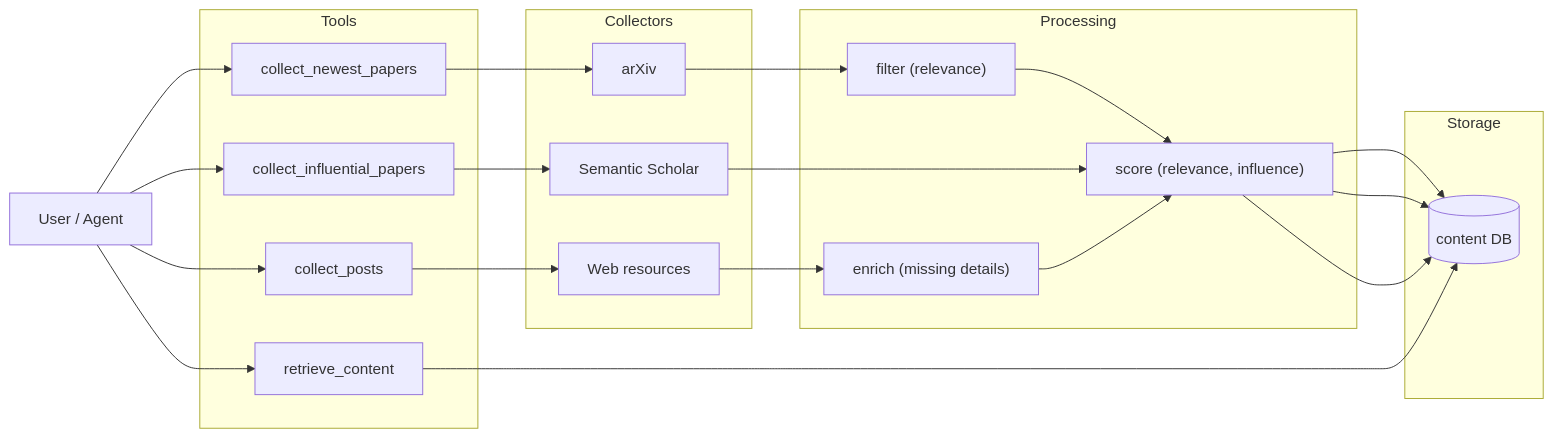
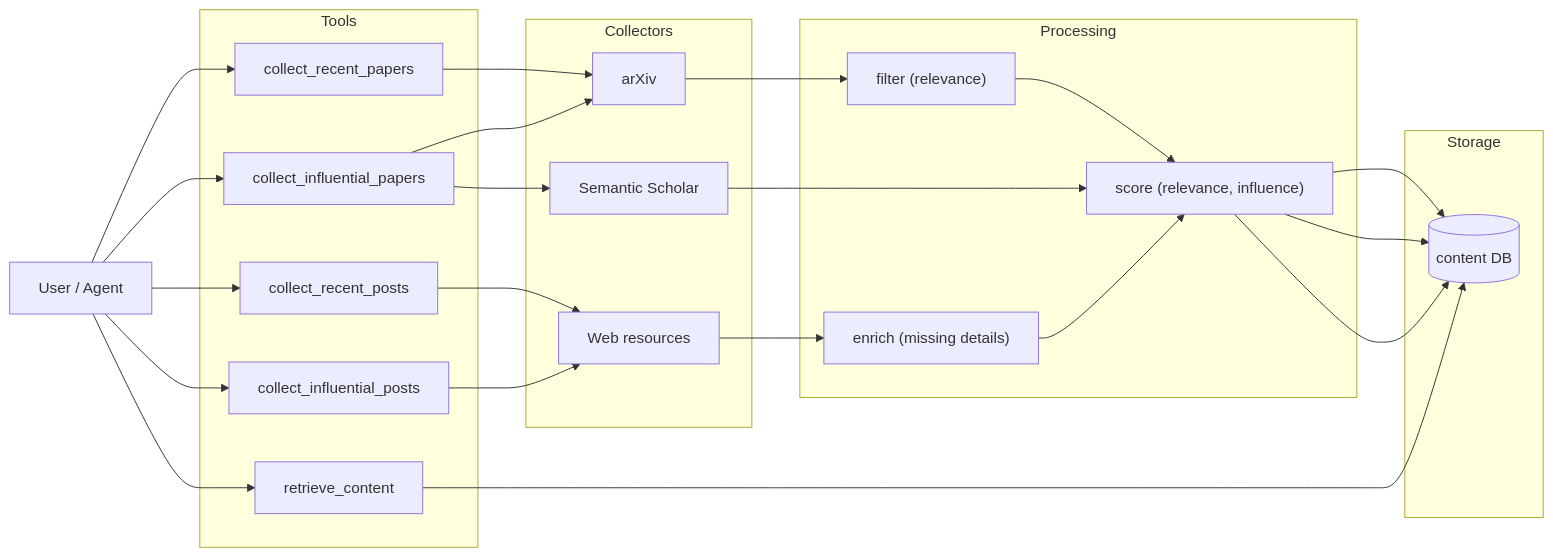
One commit to anton-pershin/mourat changed the first of 2 diagrams in .internal/constitution-spec.md. Above: the diagram before and after it, drawn with Mermaid. The commit also changed other lines of this file, not shown here.

Commit message:
Add influential posts to constitution spec and add roadmap

````diff
--- a/.internal/constitution-spec.md
+++ b/.internal/constitution-spec.md
@@ -60,42 +60,46 @@
 ```mermaid
 flowchart LR
     User[User / Agent]
     
     subgraph Tools
-        CollectNew["collect_newest_papers"]
-        CollectInf["collect_influential_papers"]
-        CollectPosts["collect_posts"]
+        CollectNewPapers["collect_recent_papers"]
+        CollectNewPosts["collect_recent_posts"]
+        CollectInflPapers["collect_influential_papers"]
+        CollectInflPosts["collect_influential_posts"]
         Retrieve["retrieve_content"]
     end
     
     subgraph Collectors
         Arxiv["arXiv"]
         SemScholar["Semantic Scholar"]
         WebSrc["Web resources"]
     end
     
     subgraph Processing
         Filter["filter (relevance)"]
         Score["score (relevance, influence)"]
         Enrich["enrich (missing details)"]
     end
     
     subgraph Storage
         DB[(content DB)]
     end
     
-    User --> CollectNew
-    User --> CollectInf
-    User --> CollectPosts
+    User --> CollectNewPapers
+    User --> CollectNewPosts
+    User --> CollectInflPapers
+    User --> CollectInflPosts
     User --> Retrieve
     
-    CollectNew --> Arxiv
-    CollectInf --> SemScholar
-    CollectPosts --> WebSrc
+    CollectNewPapers --> Arxiv
+    CollectInflPapers --> Arxiv
+    CollectInflPapers --> SemScholar
+    CollectNewPosts --> WebSrc
+    CollectInflPosts --> WebSrc
     
     Arxiv --> Filter --> Score --> DB
     SemScholar --> Score --> DB
     WebSrc --> Enrich --> Score --> DB
     
     Retrieve --> DB
 ```
````
